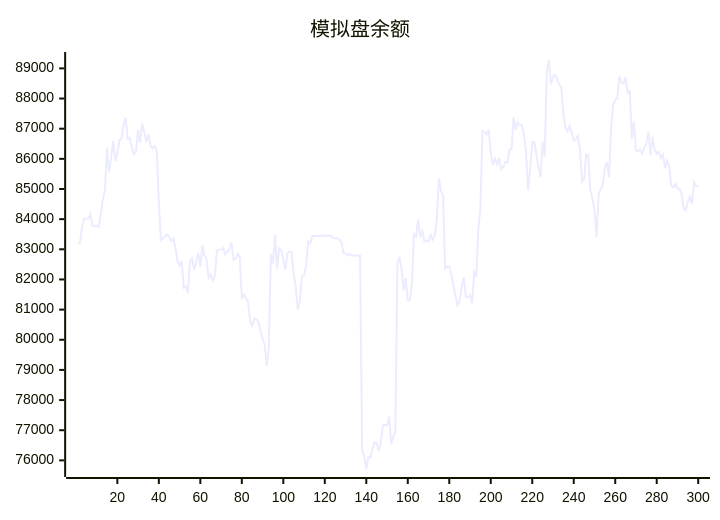
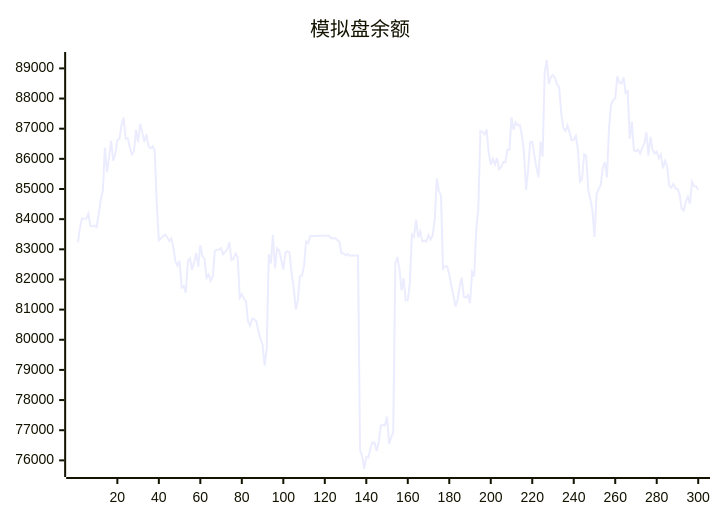
One commit to aahl/ai-trading changed the diagram in README.md. Above: the diagram before and after it, drawn with Mermaid. The commit also changed other lines of this file and 1 other file, not shown here.

````diff
--- a/README.md
+++ b/README.md
@@ -5,5 +5,5 @@
 ```mermaid
 xychart
     title "模拟盘余额"
-    line [83175,83228,83729,84025,84017,84019,84177,83775,83762,83785,83738,84160,84639,84939,86370,85548,86046,86599,85942,86161,86622,86664,87115,87369,86666,86685,86384,86152,86243,86969,86548,87164,86885,86566,86809,86427,86348,86417,86273,84538,83299,83369,83430,83490,83404,83270,83362,83056,82605,82459,82614,81734,81788,81551,82598,82702,82320,82580,82878,82426,83139,82778,82686,82056,82166,81963,82110,82951,82983,82984,83038,82838,82915,82998,83235,82642,82682,82858,82746,81396,81512,81362,81277,80600,80461,80699,80673,80616,80288,80038,79836,79142,79722,82837,82533,83480,82366,83032,82960,82654,82330,82883,82934,82901,82188,81728,81005,81298,82110,82135,82449,83264,83203,83440,83439,83440,83440,83446,83447,83448,83447,83448,83449,83369,83369,83369,83313,83256,82872,82873,82801,82844,82785,82791,82791,82793,82794,76339,76145,75714,76110,76096,76397,76594,76585,76310,76607,77160,77170,77160,77456,76541,76774,76927,82520,82744,82337,81639,82040,81307,81314,81887,83490,83414,83984,83396,83594,83261,83287,83253,83470,83327,83465,83987,85348,84930,84786,82355,82433,82438,82167,81795,81466,81105,81315,81756,82064,81426,81398,81481,81210,82242,82099,83658,84359,86925,86892,86814,86980,86203,85802,86003,85811,86028,85657,85721,85896,85880,86300,86299,87378,86965,87214,87115,87118,86780,86238,84966,85623,86555,86562,86129,85722,85387,86569,86070,88870,89278,88477,88720,88781,88668,88467,88372,87493,87018,86917,87102,86870,86613,86644,86758,86317,85242,85334,86149,86106,84968,84671,84302,83410,84816,85001,85127,85693,85891,85384,87001,87811,87945,88007,88734,88528,88495,88705,88189,88248,86662,87234,86279,86251,86314,86177,86364,86503,86886,86114,86731,86310,86176,86240,86017,86136,85685,85938,85749,85111,85044,85164,85016,85008,84824,84354,84287,84572,84745,84500,85234,85096,85095]
+    line [83228,83729,84025,84017,84019,84177,83775,83762,83785,83738,84160,84639,84939,86370,85548,86046,86599,85942,86161,86622,86664,87115,87369,86666,86685,86384,86152,86243,86969,86548,87164,86885,86566,86809,86427,86348,86417,86273,84538,83299,83369,83430,83490,83404,83270,83362,83056,82605,82459,82614,81734,81788,81551,82598,82702,82320,82580,82878,82426,83139,82778,82686,82056,82166,81963,82110,82951,82983,82984,83038,82838,82915,82998,83235,82642,82682,82858,82746,81396,81512,81362,81277,80600,80461,80699,80673,80616,80288,80038,79836,79142,79722,82837,82533,83480,82366,83032,82960,82654,82330,82883,82934,82901,82188,81728,81005,81298,82110,82135,82449,83264,83203,83440,83439,83440,83440,83446,83447,83448,83447,83448,83449,83369,83369,83369,83313,83256,82872,82873,82801,82844,82785,82791,82791,82793,82794,76339,76145,75714,76110,76096,76397,76594,76585,76310,76607,77160,77170,77160,77456,76541,76774,76927,82520,82744,82337,81639,82040,81307,81314,81887,83490,83414,83984,83396,83594,83261,83287,83253,83470,83327,83465,83987,85348,84930,84786,82355,82433,82438,82167,81795,81466,81105,81315,81756,82064,81426,81398,81481,81210,82242,82099,83658,84359,86925,86892,86814,86980,86203,85802,86003,85811,86028,85657,85721,85896,85880,86300,86299,87378,86965,87214,87115,87118,86780,86238,84966,85623,86555,86562,86129,85722,85387,86569,86070,88870,89278,88477,88720,88781,88668,88467,88372,87493,87018,86917,87102,86870,86613,86644,86758,86317,85242,85334,86149,86106,84968,84671,84302,83410,84816,85001,85127,85693,85891,85384,87001,87811,87945,88007,88734,88528,88495,88705,88189,88248,86662,87234,86279,86251,86314,86177,86364,86503,86886,86114,86731,86310,86176,86240,86017,86136,85685,85938,85749,85111,85044,85164,85016,85008,84824,84354,84287,84572,84745,84500,85234,85096,85095,84970]
 ```
````
